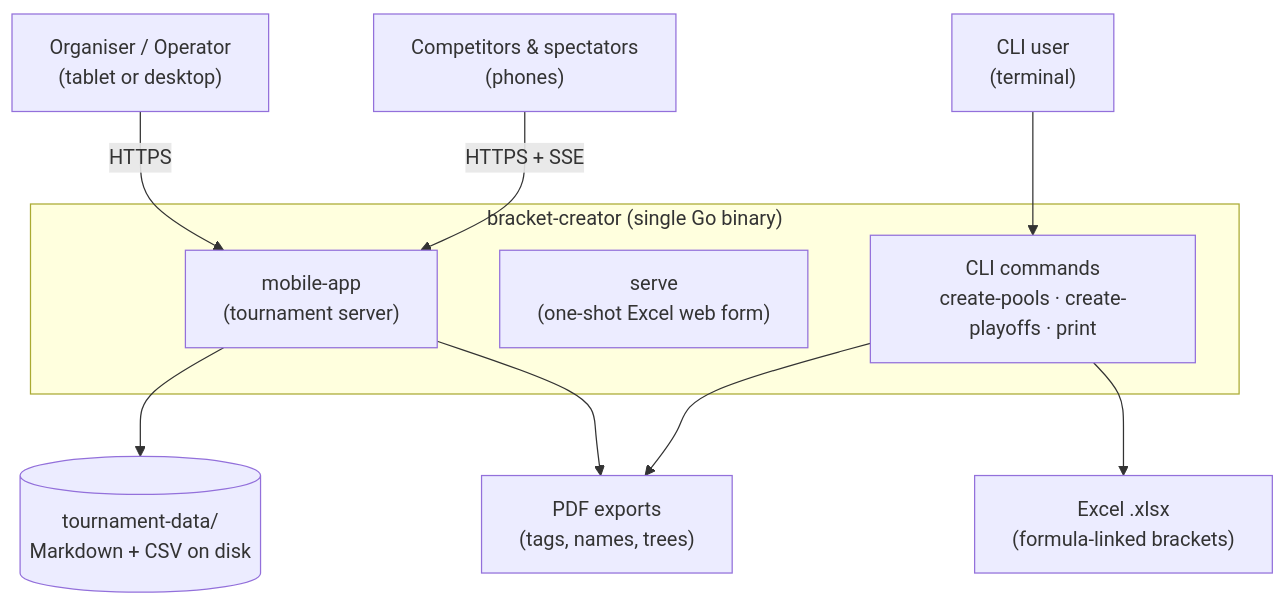
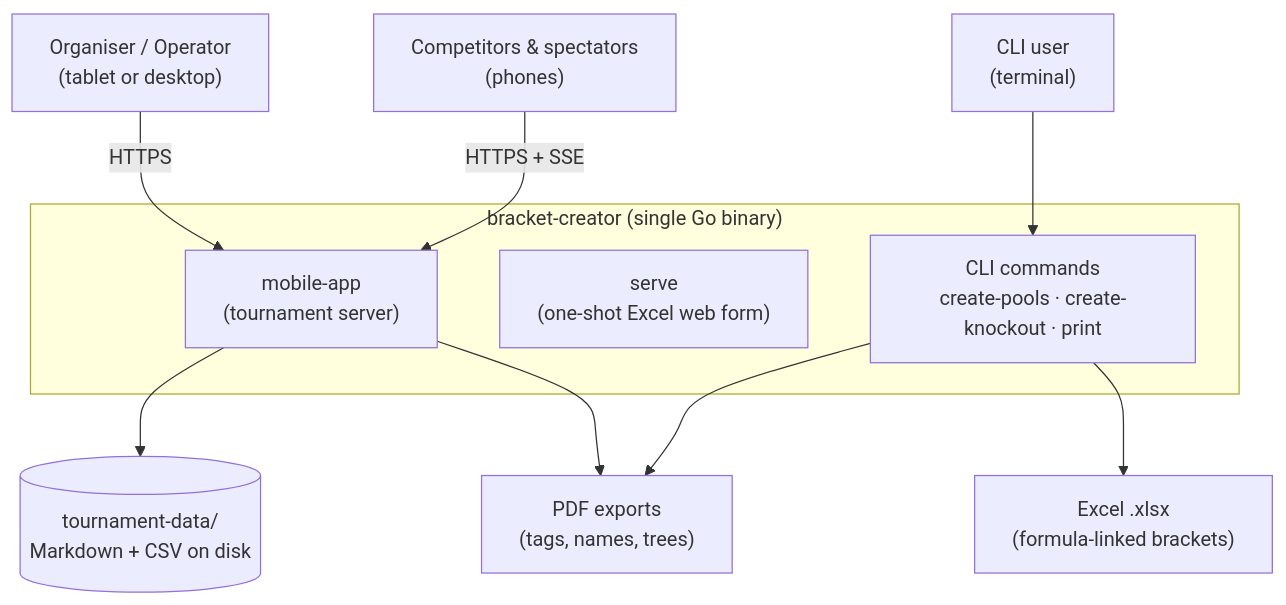
One commit to gitrgoliveira/bracket-creator changed the first of 7 diagrams in docs/architecture/software-architecture.md. Above: the diagram before and after it, drawn with Mermaid. The commit also changed other lines of this file and 28 other files, not shown here.

First line of the commit message:
docs(api): rename playoffs to knockout in the spec, docs and fixtures

````diff
--- a/docs/architecture/software-architecture.md
+++ b/docs/architecture/software-architecture.md
@@ -11,23 +11,23 @@
 ```mermaid
 flowchart TB
     operator["Organiser / Operator<br/>(tablet or desktop)"]
     viewer["Competitors & spectators<br/>(phones)"]
     cli["CLI user<br/>(terminal)"]
 
     subgraph bin["bracket-creator (single Go binary)"]
-        cliCmds["CLI commands<br/>create-pools · create-playoffs · print"]
+        cliCmds["CLI commands<br/>create-pools · create-knockout · print"]
         serveCmd["serve<br/>(one-shot Excel web form)"]
         mobile["mobile-app<br/>(tournament server)"]
     end
 
     excel["Excel .xlsx<br/>(formula-linked brackets)"]
     pdfs["PDF exports<br/>(tags, names, trees)"]
     state[("tournament-data/<br/>Markdown + CSV on disk")]
 
     cli --> cliCmds --> excel
     operator -->|HTTPS| mobile
     viewer -->|HTTPS + SSE| mobile
     mobile --> state
     mobile --> pdfs
     cliCmds --> pdfs
 ```
````
